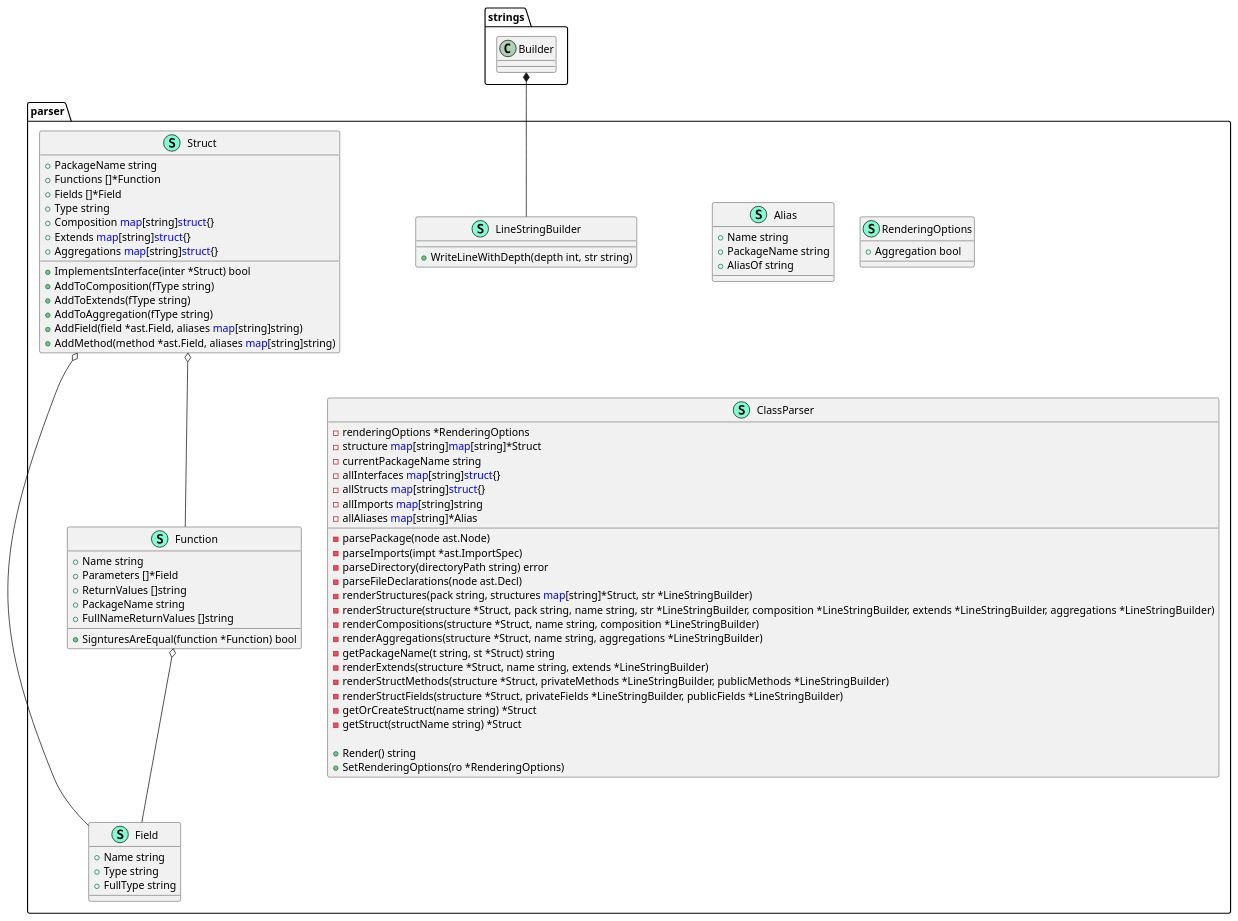
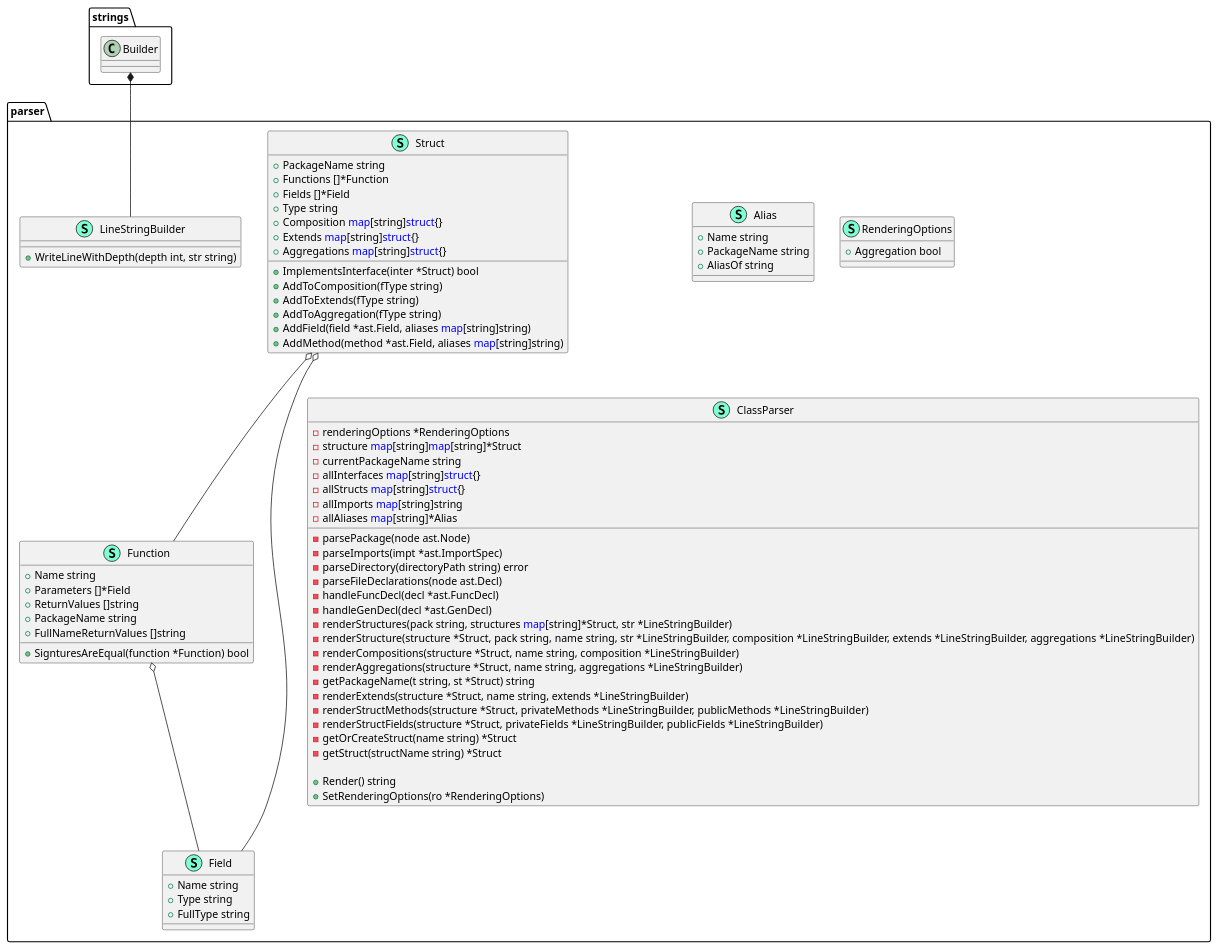
The diagram in ClassDiagram.puml (thgoexpt/PlantUML-Class-Diagram-Generator-for-golang-projects), drawn with PlantUML before and after one commit. The commit also changed 7 other files, not shown here.

```diff
--- a/ClassDiagram.puml
+++ b/ClassDiagram.puml
@@ -1,86 +1,88 @@
 @startuml
 namespace parser {
+    class Struct << (S,Aquamarine) >> {
+        + PackageName string
+        + Functions []*Function
+        + Fields []*Field
+        + Type string
+        + Composition <font color=blue>map</font>[string]<font color=blue>struct</font>{}
+        + Extends <font color=blue>map</font>[string]<font color=blue>struct</font>{}
+        + Aggregations <font color=blue>map</font>[string]<font color=blue>struct</font>{}
+
+        + ImplementsInterface(inter *Struct) bool
+        + AddToComposition(fType string) 
+        + AddToExtends(fType string) 
+        + AddToAggregation(fType string) 
+        + AddField(field *ast.Field, aliases <font color=blue>map</font>[string]string) 
+        + AddMethod(method *ast.Field, aliases <font color=blue>map</font>[string]string) 
+
+    }
+    class Function << (S,Aquamarine) >> {
+        + Name string
+        + Parameters []*Field
+        + ReturnValues []string
+        + PackageName string
+        + FullNameReturnValues []string
+
+        + SignturesAreEqual(function *Function) bool
+
+    }
     class Alias << (S,Aquamarine) >> {
         + Name string
         + PackageName string
         + AliasOf string
 
     }
     class Field << (S,Aquamarine) >> {
         + Name string
         + Type string
         + FullType string
 
     }
     class LineStringBuilder << (S,Aquamarine) >> {
         + WriteLineWithDepth(depth int, str string) 
 
     }
     class RenderingOptions << (S,Aquamarine) >> {
         + Aggregation bool
 
     }
     class ClassParser << (S,Aquamarine) >> {
         - renderingOptions *RenderingOptions
         - structure <font color=blue>map</font>[string]<font color=blue>map</font>[string]*Struct
         - currentPackageName string
         - allInterfaces <font color=blue>map</font>[string]<font color=blue>struct</font>{}
         - allStructs <font color=blue>map</font>[string]<font color=blue>struct</font>{}
         - allImports <font color=blue>map</font>[string]string
         - allAliases <font color=blue>map</font>[string]*Alias
 
         - parsePackage(node ast.Node) 
         - parseImports(impt *ast.ImportSpec) 
         - parseDirectory(directoryPath string) error
         - parseFileDeclarations(node ast.Decl) 
+        - handleFuncDecl(decl *ast.FuncDecl) 
+        - handleGenDecl(decl *ast.GenDecl) 
         - renderStructures(pack string, structures <font color=blue>map</font>[string]*Struct, str *LineStringBuilder) 
         - renderStructure(structure *Struct, pack string, name string, str *LineStringBuilder, composition *LineStringBuilder, extends *LineStringBuilder, aggregations *LineStringBuilder) 
         - renderCompositions(structure *Struct, name string, composition *LineStringBuilder) 
         - renderAggregations(structure *Struct, name string, aggregations *LineStringBuilder) 
         - getPackageName(t string, st *Struct) string
         - renderExtends(structure *Struct, name string, extends *LineStringBuilder) 
         - renderStructMethods(structure *Struct, privateMethods *LineStringBuilder, publicMethods *LineStringBuilder) 
         - renderStructFields(structure *Struct, privateFields *LineStringBuilder, publicFields *LineStringBuilder) 
         - getOrCreateStruct(name string) *Struct
         - getStruct(structName string) *Struct
 
         + Render() string
         + SetRenderingOptions(ro *RenderingOptions) 
 
     }
-    class Function << (S,Aquamarine) >> {
-        + Name string
-        + Parameters []*Field
-        + ReturnValues []string
-        + PackageName string
-        + FullNameReturnValues []string
-
-        + SignturesAreEqual(function *Function) bool
-
-    }
-    class Struct << (S,Aquamarine) >> {
-        + PackageName string
-        + Functions []*Function
-        + Fields []*Field
-        + Type string
-        + Composition <font color=blue>map</font>[string]<font color=blue>struct</font>{}
-        + Extends <font color=blue>map</font>[string]<font color=blue>struct</font>{}
-        + Aggregations <font color=blue>map</font>[string]<font color=blue>struct</font>{}
-
-        + ImplementsInterface(inter *Struct) bool
-        + AddToComposition(fType string) 
-        + AddToExtends(fType string) 
-        + AddToAggregation(fType string) 
-        + AddField(field *ast.Field, aliases <font color=blue>map</font>[string]string) 
-        + AddMethod(method *ast.Field, aliases <font color=blue>map</font>[string]string) 
-
-    }
 }
-strings.Builder *-- parser.LineStringBuilder
+"strings.Builder" *-- "parser.LineStringBuilder"
 
 
-parser.Function o-- parser.Field
-parser.Struct o-- parser.Function
-parser.Struct o-- parser.Field
+"parser.Struct" o-- "parser.Function"
+"parser.Struct" o-- "parser.Field"
+"parser.Function" o-- "parser.Field"
 
 @enduml
```
